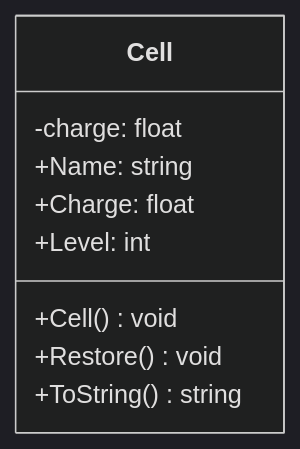
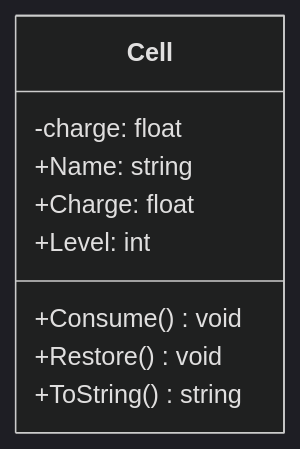
The diagram in PowerCell/README.md (GoncaloAlmeidaPtArt/LP1Semana07), drawn with Mermaid (dark theme) before and after one commit. The commit also changed 1 other file, not shown here.

Commit message:
Feitas pequenas alterações

````diff
--- a/PowerCell/README.md
+++ b/PowerCell/README.md
@@ -1,13 +1,13 @@
 ```mermaid
 classDiagram 
     class Cell {
         -charge: float
         +Name: string
         +Charge: float
         +Level: int
-        +Cell() void
+        +Consume() void
         +Restore() void
         +ToString() string
         
     }
 ```
````
